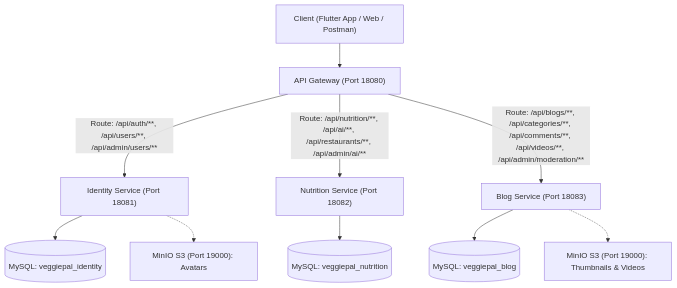
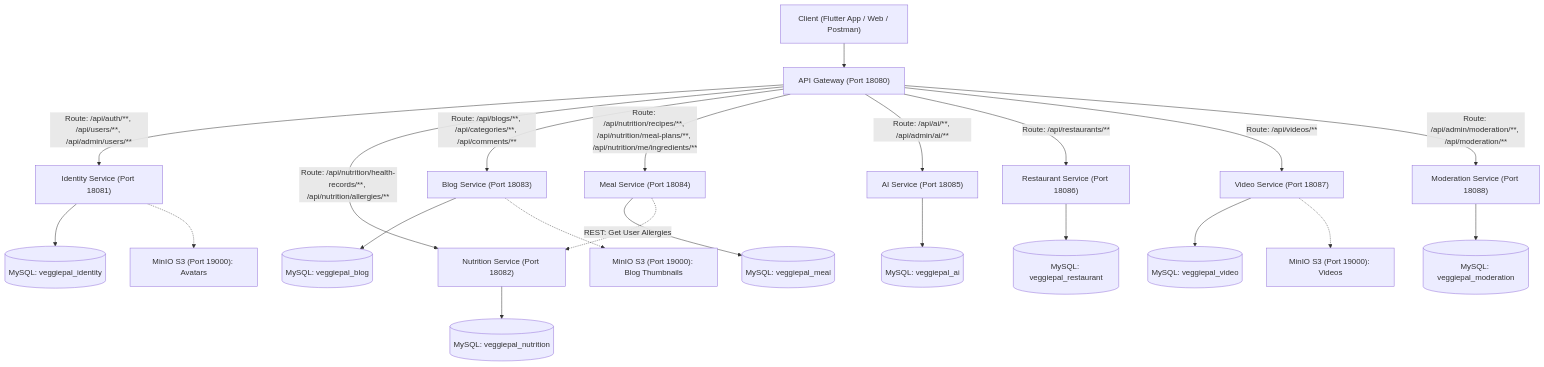
One commit to Phu0312/VeggiePal-Microservice changed the diagram in backend/docs/ARCHITECTURE_AND_TRACEABILITY.md. Above: the diagram before and after it, drawn with Mermaid. The commit also changed other lines of this file and 178 other files, not shown here.

````diff
--- a/backend/docs/ARCHITECTURE_AND_TRACEABILITY.md
+++ b/backend/docs/ARCHITECTURE_AND_TRACEABILITY.md
@@ -7,15 +7,27 @@
 ```mermaid
 graph TD
     Client["Client (Flutter App / Web / Postman)"] --> Gateway["API Gateway (Port 18080)"]
     
     Gateway -->|"Route: /api/auth/**, /api/users/**, /api/admin/users/**"| Identity["Identity Service (Port 18081)"]
-    Gateway -->|"Route: /api/nutrition/**, /api/ai/**, /api/restaurants/**, /api/admin/ai/**"| Nutrition["Nutrition Service (Port 18082)"]
-    Gateway -->|"Route: /api/blogs/**, /api/categories/**, /api/comments/**, /api/videos/**, /api/admin/moderation/**"| Blog["Blog Service (Port 18083)"]
+    Gateway -->|"Route: /api/nutrition/health-records/**, /api/nutrition/allergies/**"| Nutrition["Nutrition Service (Port 18082)"]
+    Gateway -->|"Route: /api/blogs/**, /api/categories/**, /api/comments/**"| Blog["Blog Service (Port 18083)"]
+    Gateway -->|"Route: /api/nutrition/recipes/**, /api/nutrition/meal-plans/**, /api/nutrition/me/ingredients/**"| Meal["Meal Service (Port 18084)"]
+    Gateway -->|"Route: /api/ai/**, /api/admin/ai/**"| AI["AI Service (Port 18085)"]
+    Gateway -->|"Route: /api/restaurants/**"| Restaurant["Restaurant Service (Port 18086)"]
+    Gateway -->|"Route: /api/videos/**"| Video["Video Service (Port 18087)"]
+    Gateway -->|"Route: /api/admin/moderation/**, /api/moderation/**"| Moderation["Moderation Service (Port 18088)"]
     
     Identity --> DB_Id[("MySQL: veggiepal_identity")]
     Nutrition --> DB_Nut[("MySQL: veggiepal_nutrition")]
     Blog --> DB_Blog[("MySQL: veggiepal_blog")]
+    Meal --> DB_Meal[("MySQL: veggiepal_meal")]
+    AI --> DB_AI[("MySQL: veggiepal_ai")]
+    Restaurant --> DB_Rest[("MySQL: veggiepal_restaurant")]
+    Video --> DB_Vid[("MySQL: veggiepal_video")]
+    Moderation --> DB_Mod[("MySQL: veggiepal_moderation")]
     
+    Meal -.->|"REST: Get User Allergies"| Nutrition
     Identity -.-> S3["MinIO S3 (Port 19000): Avatars"]
-    Blog -.-> S3_Blog["MinIO S3 (Port 19000): Thumbnails & Videos"]
+    Blog -.-> S3_Blog["MinIO S3 (Port 19000): Blog Thumbnails"]
+    Video -.-> S3_Vid["MinIO S3 (Port 19000): Videos"]
 ```
````
